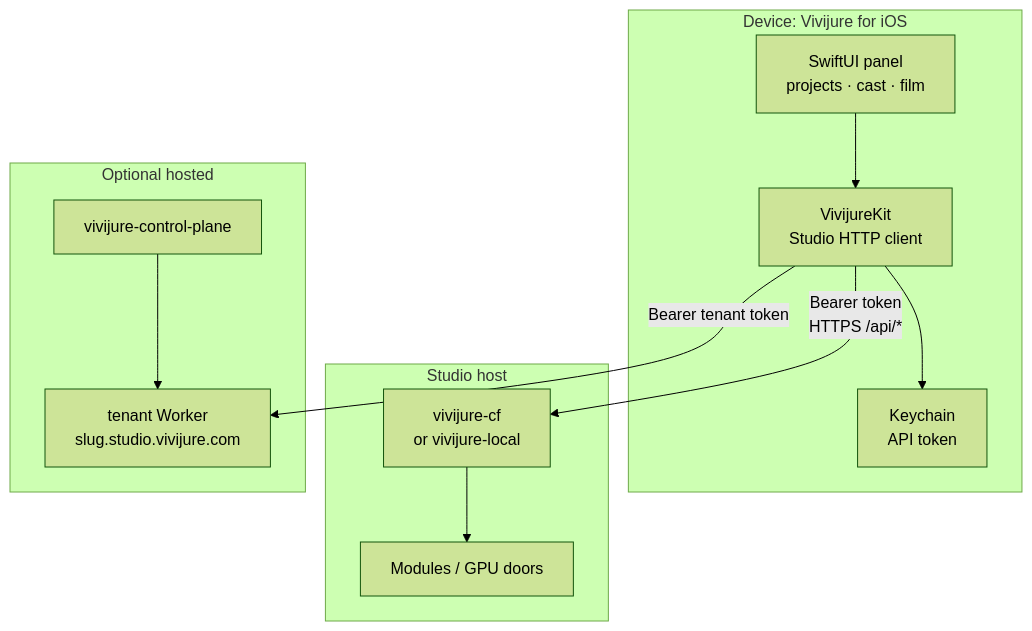
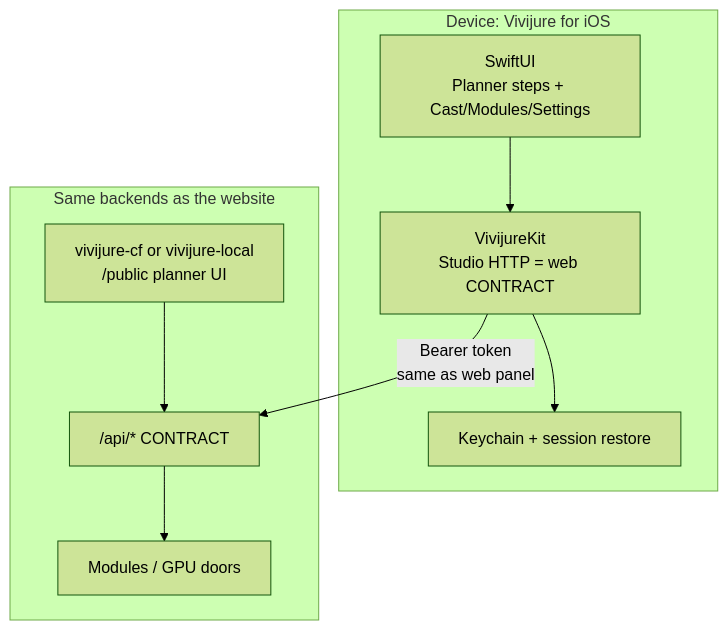
One commit to skyphusion-labs/vivijure-ios changed the diagram in README.md. Above: the diagram before and after it, drawn with Mermaid (forest theme). The commit also changed other lines of this file and 3 other files, not shown here.

````diff
--- a/README.md
+++ b/README.md
@@ -23,25 +44,19 @@
 ```mermaid
 flowchart TB
   subgraph device["Device: Vivijure for iOS"]
-    UI["SwiftUI panel\nprojects · cast · film"]
-    Kit["VivijureKit\nStudio HTTP client"]
-    KC["Keychain\nAPI token"]
+    UI["SwiftUI\nPlanner steps + Cast/Modules/Settings"]
+    Kit["VivijureKit\nStudio HTTP = web CONTRACT"]
+    Store["Keychain + session restore"]
     UI --> Kit
-    Kit --> KC
+    Kit --> Store
   end
 
-  subgraph studio["Studio host"]
-    CF["vivijure-cf\nor vivijure-local"]
+  subgraph studio["Same backends as the website"]
+    CF["vivijure-cf or vivijure-local\n/public planner UI"]
+    API["/api/* CONTRACT"]
     Mods["Modules / GPU doors"]
-    CF --> Mods
+    CF --> API --> Mods
   end
 
-  subgraph hosted["Optional hosted"]
-    CP["vivijure-control-plane"]
-    Tenant["tenant Worker\nslug.studio.vivijure.com"]
-    CP --> Tenant
-  end
-
-  Kit -->|"Bearer token\nHTTPS /api/*"| CF
-  Kit -->|"Bearer tenant token"| Tenant
+  Kit -->|"Bearer token\nsame as web panel"| API
 ```
````
